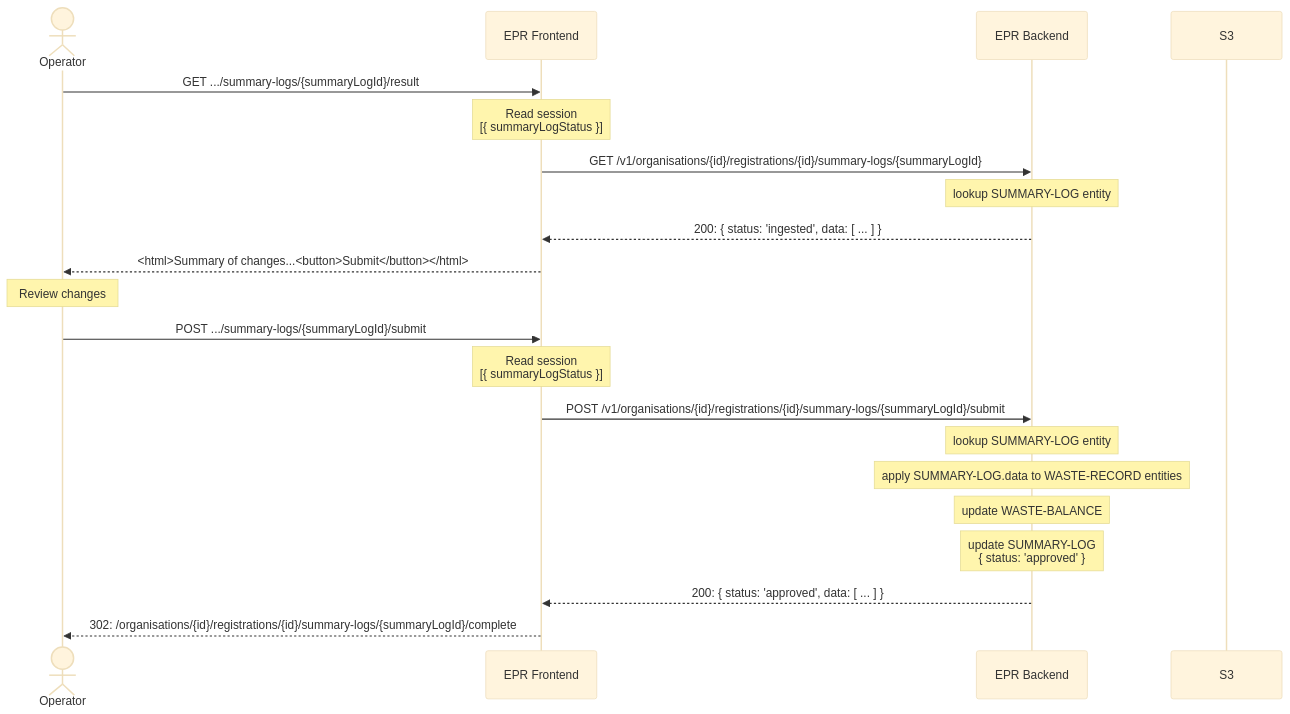
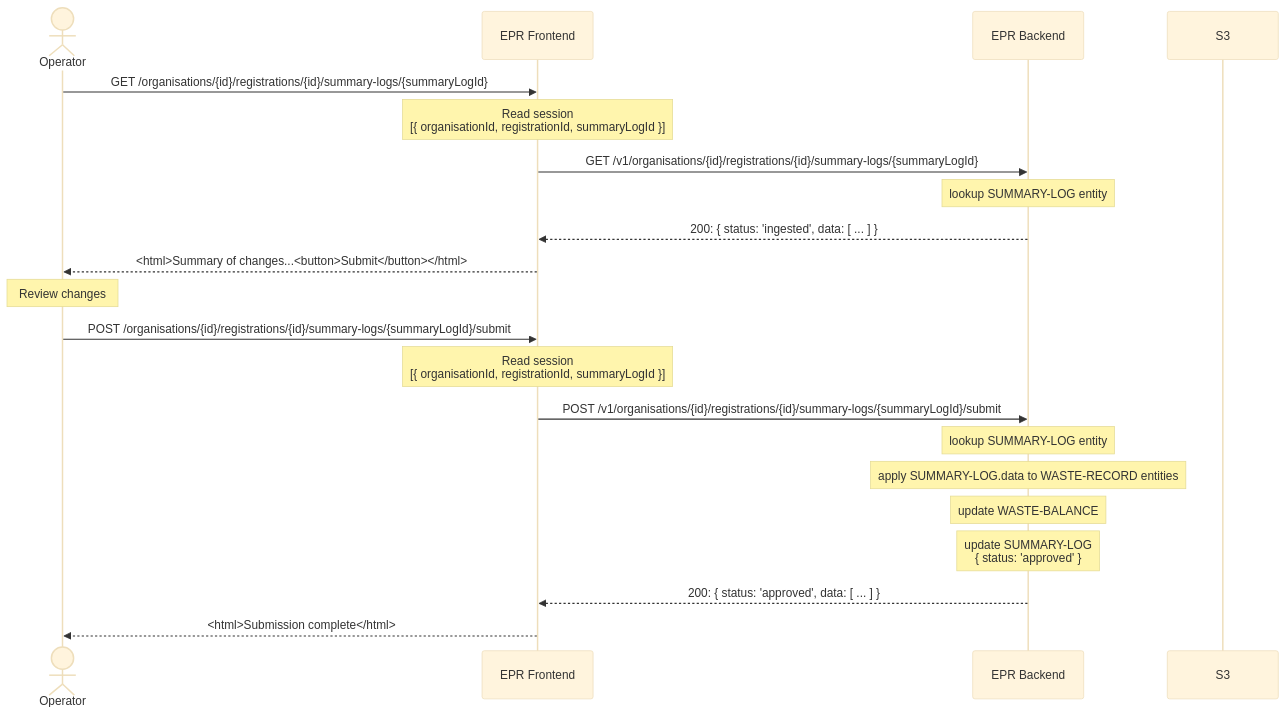
The third of 3 diagrams in docs/architecture/discovery/pepr-lld.md (DEFRA/epr-backend), drawn with Mermaid (base theme) before and after one commit. The commit also changed other lines of this file, not shown here.

Commit message:
Keep browser on same URL throughout upload flow

````diff
--- a/docs/architecture/discovery/pepr-lld.md
+++ b/docs/architecture/discovery/pepr-lld.md
@@ -603,27 +603,27 @@
 ```mermaid
 sequenceDiagram
   actor Op as Operator
   participant Frontend as EPR Frontend
   participant Backend as EPR Backend
   participant S3
 
 
-  Op->>Frontend: GET .../summary-logs/{summaryLogId}/result
-  Note over Frontend: Read session<br>[{ summaryLogStatus }]
+  Op->>Frontend: GET /organisations/{id}/registrations/{id}/summary-logs/{summaryLogId}
+  Note over Frontend: Read session<br>[{ organisationId, registrationId, summaryLogId }]
   Frontend->>Backend: GET /v1/organisations/{id}/registrations/{id}/summary-logs/{summaryLogId}
   Note over Backend: lookup SUMMARY-LOG entity
   Backend-->>Frontend: 200: { status: 'ingested', data: [ ... ] }
   Frontend-->>Op: <html>Summary of changes...<button>Submit</button></html>
 
   Note over Op: Review changes
 
-  Op->>Frontend: POST .../summary-logs/{summaryLogId}/submit
-  Note over Frontend: Read session<br>[{ summaryLogStatus }]
+  Op->>Frontend: POST /organisations/{id}/registrations/{id}/summary-logs/{summaryLogId}/submit
+  Note over Frontend: Read session<br>[{ organisationId, registrationId, summaryLogId }]
   Frontend->>Backend: POST /v1/organisations/{id}/registrations/{id}/summary-logs/{summaryLogId}/submit
   Note over Backend: lookup SUMMARY-LOG entity
   Note over Backend: apply SUMMARY-LOG.data to WASTE-RECORD entities
   Note over Backend: update WASTE-BALANCE
   Note over Backend: update SUMMARY-LOG<br>{ status: 'approved' }
   Backend-->>Frontend: 200: { status: 'approved', data: [ ... ] }
-  Frontend-->>Op: 302: /organisations/{id}/registrations/{id}/summary-logs/{summaryLogId}/complete
+  Frontend-->>Op: <html>Submission complete</html>
 ```
````
